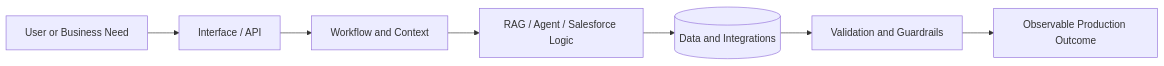
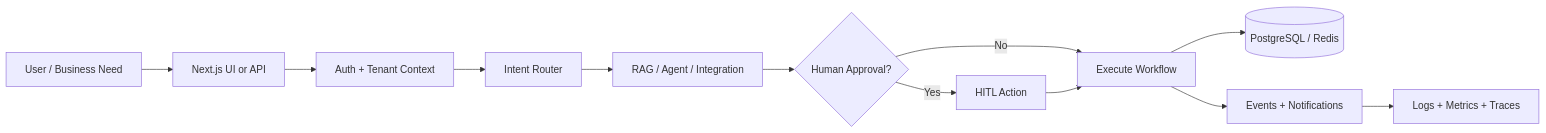
One commit to gouthamgovardhan/gouthamgovardhan changed the diagram in README.md. Above: the diagram before and after it, drawn with Mermaid. The commit also changed other lines of this file and 2 other files, not shown here.

````diff
--- a/README.md
+++ b/README.md
@@ -35,9 +71,14 @@
 ```mermaid
 flowchart LR
-    A[User or Business Need] --> B[Interface / API]
-    B --> C[Workflow and Context]
-    C --> D[RAG / Agent / Salesforce Logic]
-    D --> E[(Data and Integrations)]
-    E --> F[Validation and Guardrails]
-    F --> G[Observable Production Outcome]
+    A[User / Business Need] --> B[Next.js UI or API]
+    B --> C[Auth + Tenant Context]
+    C --> D[Intent Router]
+    D --> E[RAG / Agent / Integration]
+    E --> F{Human Approval?}
+    F -->|Yes| G[HITL Action]
+    F -->|No| H[Execute Workflow]
+    G --> H
+    H --> I[(PostgreSQL / Redis)]
+    H --> J[Events + Notifications]
+    J --> K[Logs + Metrics + Traces]
 ```
````
